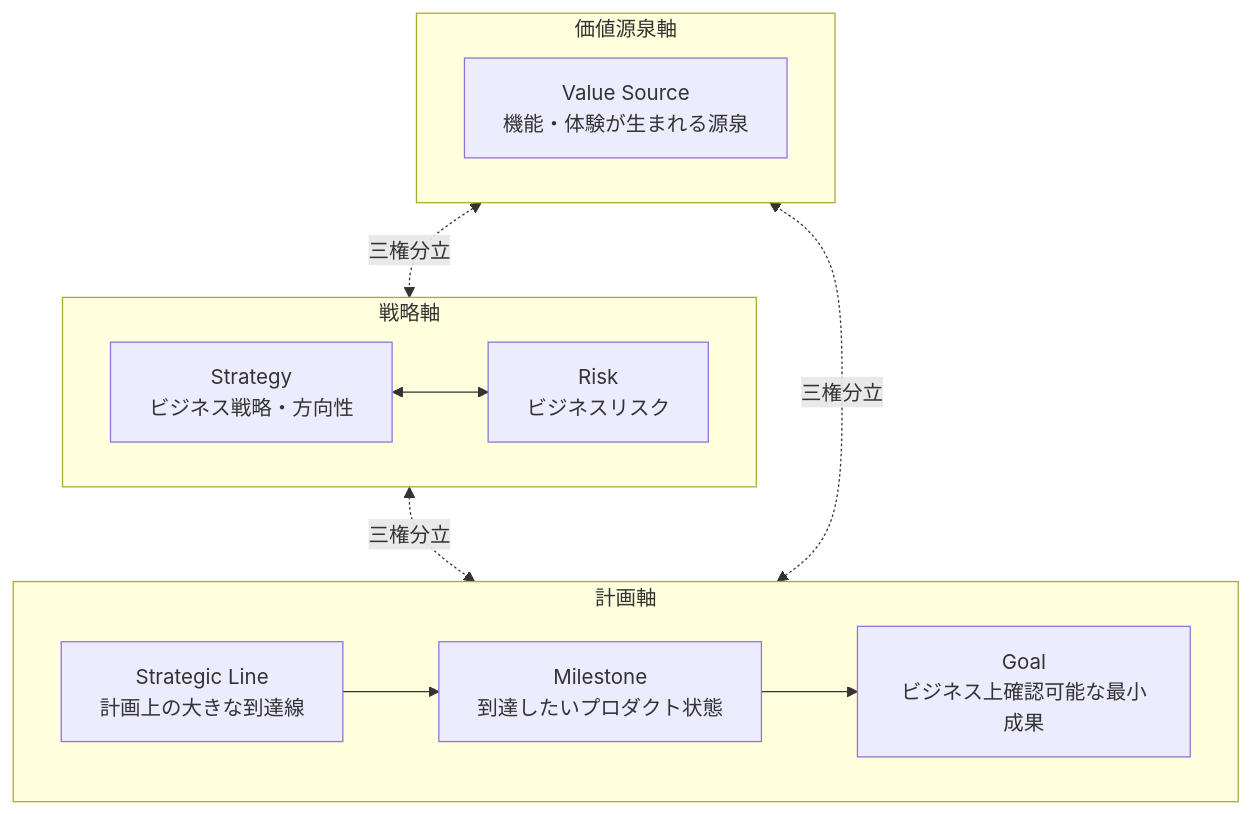
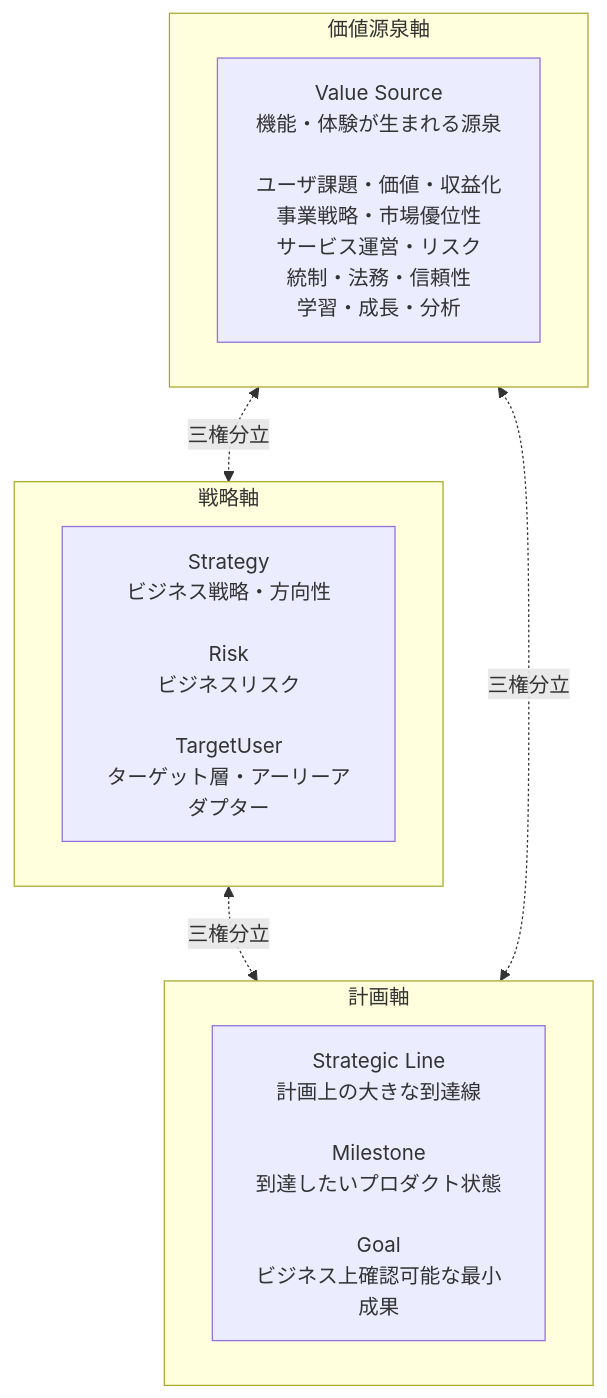
Before and after one commit to gilgame-tencho/helloframework: the second of 5 diagrams in doc/guidelines/product/value-and-improvement-image.md, drawn with Mermaid. The commit also changed other lines of this file, not shown here.

````diff
--- a/doc/guidelines/product/value-and-improvement-image.md
+++ b/doc/guidelines/product/value-and-improvement-image.md
@@ -84,24 +80,28 @@
 ```mermaid
 flowchart TB
     subgraph Strategy["戦略軸"]
-        STG[Strategy<br/>ビジネス戦略・方向性]
-        RSK[Risk<br/>ビジネスリスク]
-        STG <--> RSK
+        STG[Strategy<br/>ビジネス戦略・方向性<br/>
+Risk<br/>ビジネスリスク<br/>
+TargetUser<br/>ターゲット層・アーリーアダプター]
     end
 
     subgraph Schedule["計画軸"]
-        TL[Strategic Line<br/>計画上の大きな到達線]
-        MiS[Milestone<br/>到達したいプロダクト状態]
-        Gol[Goal<br/>ビジネス上確認可能な最小成果]
-        TL --> MiS --> Gol
+        SchedBox[Strategic Line<br/>計画上の大きな到達線<br/>
+Milestone<br/>到達したいプロダクト状態<br/>
+Goal<br/>ビジネス上確認可能な最小成果]
     end
 
     subgraph ValueSource["価値源泉軸"]
-        VS[Value Source<br/>機能・体験が生まれる源泉]
+        VS[Value Source<br/>機能・体験が生まれる源泉<br/>
+ユーザ課題・価値・収益化
+事業戦略・市場優位性
+サービス運営・リスク
+統制・法務・信頼性
+学習・成長・分析]
     end
 
     Strategy <-.三権分立.-> Schedule
     Schedule <-.三権分立.-> ValueSource
     ValueSource <-.三権分立.-> Strategy
 
 ```
````
